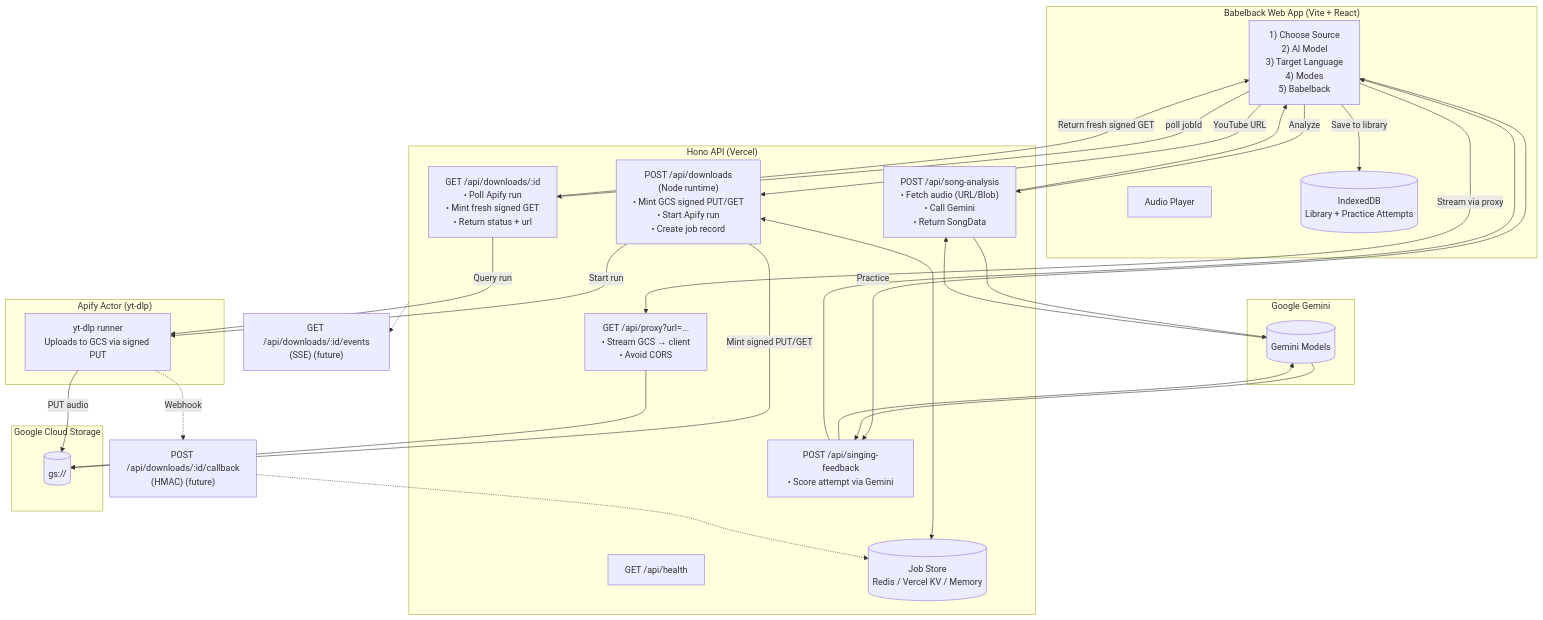
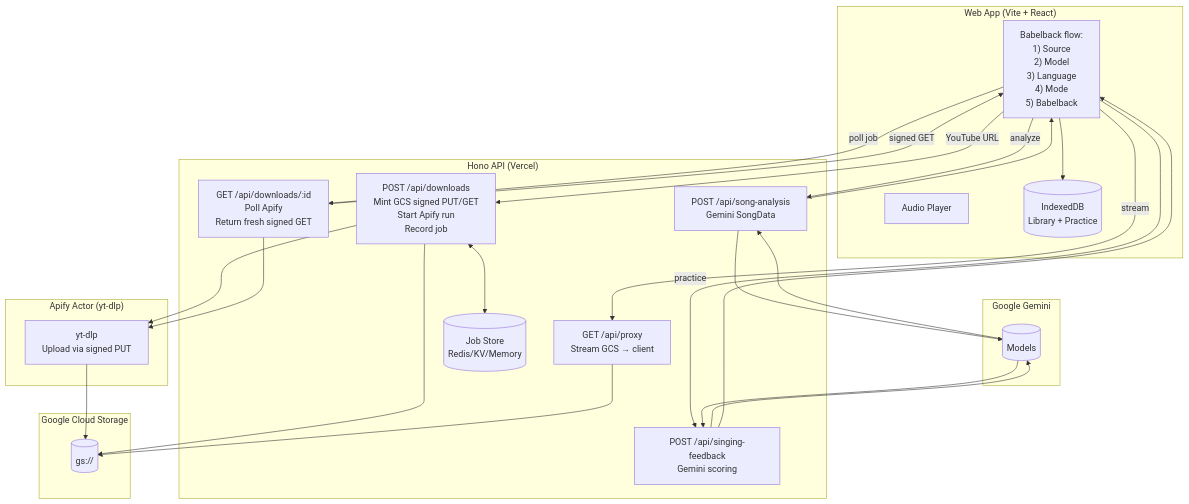
Before and after one commit to bhi5hmaraj/babelback: the diagram in README.md, drawn with Mermaid.

Commit message:
docs(architecture): simplify Mermaid diagram and use <br> for line breaks

````diff
--- a/README.md
+++ b/README.md
@@ -31,60 +31,50 @@
 ```mermaid
 flowchart TD
   %% Client
-  subgraph Client["Babelback Web App (Vite + React)"]
-    UI["1) Choose Source\n2) AI Model\n3) Target Language\n4) Modes\n5) Babelback"]
+  subgraph Client["Web App (Vite + React)"]
+    UI["Babelback flow:<br>1) Source<br>2) Model<br>3) Language<br>4) Mode<br>5) Babelback"]
     Player["Audio Player"]
-    IDB[("IndexedDB\nLibrary + Practice Attempts")]
+    IDB[("IndexedDB<br>Library + Practice")]
   end
 
-  %% Server (Vercel)
-  subgraph Vercel["Hono API (Vercel)"]
-    Downloads["POST /api/downloads\n(Node runtime)\n• Mint GCS signed PUT/GET\n• Start Apify run\n• Create job record"]
-    JobPoll["GET /api/downloads/:id\n• Poll Apify run\n• Mint fresh signed GET\n• Return status + url"]
-    Proxy["GET /api/proxy?url=...\n• Stream GCS → client\n• Avoid CORS"]
-    SongAnalysis["POST /api/song-analysis\n• Fetch audio (URL/Blob)\n• Call Gemini\n• Return SongData"]
-    SingingFeedback["POST /api/singing-feedback\n• Score attempt via Gemini"]
-    Health["GET /api/health"]
-    KV[("Job Store\nRedis / Vercel KV / Memory")]
+  %% API (Vercel)
+  subgraph API["Hono API (Vercel)"]
+    DL["POST /api/downloads<br>Mint GCS signed PUT/GET<br>Start Apify run<br>Record job"]
+    ST["GET /api/downloads/:id<br>Poll Apify<br>Return fresh signed GET"]
+    AN["POST /api/song-analysis<br>Gemini SongData"]
+    FB["POST /api/singing-feedback<br>Gemini scoring"]
+    PX["GET /api/proxy<br>Stream GCS → client"]
+    JS[("Job Store<br>Redis/KV/Memory")]
   end
 
   %% Apify
   subgraph Apify["Apify Actor (yt-dlp)"]
-    Actor["yt-dlp runner\nUploads to GCS via signed PUT"]
+    ACT["yt-dlp<br>Upload via signed PUT"]
   end
 
   %% GCS
   subgraph GCS["Google Cloud Storage"]
-    Bucket[("gs://<GCS_BUCKET>")]
+    BUCKET[("gs://<GCS_BUCKET>")]
   end
 
   %% Gemini
   subgraph Gemini["Google Gemini"]
-    GeminiAPI[("Gemini Models")] 
+    MODELS[("Models")] 
   end
 
-  %% Main YouTube flow
-  UI -->|YouTube URL| Downloads
-  Downloads -->|Mint signed PUT/GET| Bucket
-  Downloads -->|Start run| Actor
-  Downloads <--> KV
+  %% Main flow
+  UI -->|YouTube URL| DL
+  DL --> ACT
+  DL --> BUCKET
+  DL <--> JS
 
-  %% Polling for status
-  UI -->|poll jobId| JobPoll
-  JobPoll -->|Query run| Actor
-  Actor -->|PUT audio| Bucket
-  JobPoll -->|Return fresh signed GET| UI
+  UI -->|poll job| ST
+  ST --> ACT
+  ACT --> BUCKET
+  ST -->|signed GET| UI
 
-  %% Playback + Analysis
-  UI -->|Stream via proxy| Proxy --> Bucket
-  UI -->|Analyze| SongAnalysis --> GeminiAPI --> SongAnalysis --> UI
-  UI -->|Practice| SingingFeedback --> GeminiAPI --> SingingFeedback --> UI
-  UI -->|Save to library| IDB
-
-  %% Optional (future)
-  Callback["POST /api/downloads/:id/callback\n(HMAC) (future)"]
-  Actor -.->|Webhook| Callback
-  Callback -.-> KV
-  SSE["GET /api/downloads/:id/events\n(SSE) (future)"]
-  Vercel -.-> SSE
+  UI -->|stream| PX --> BUCKET
+  UI -->|analyze| AN --> MODELS --> AN --> UI
+  UI -->|practice| FB --> MODELS --> FB --> UI
+  UI --> IDB
 ```
````
